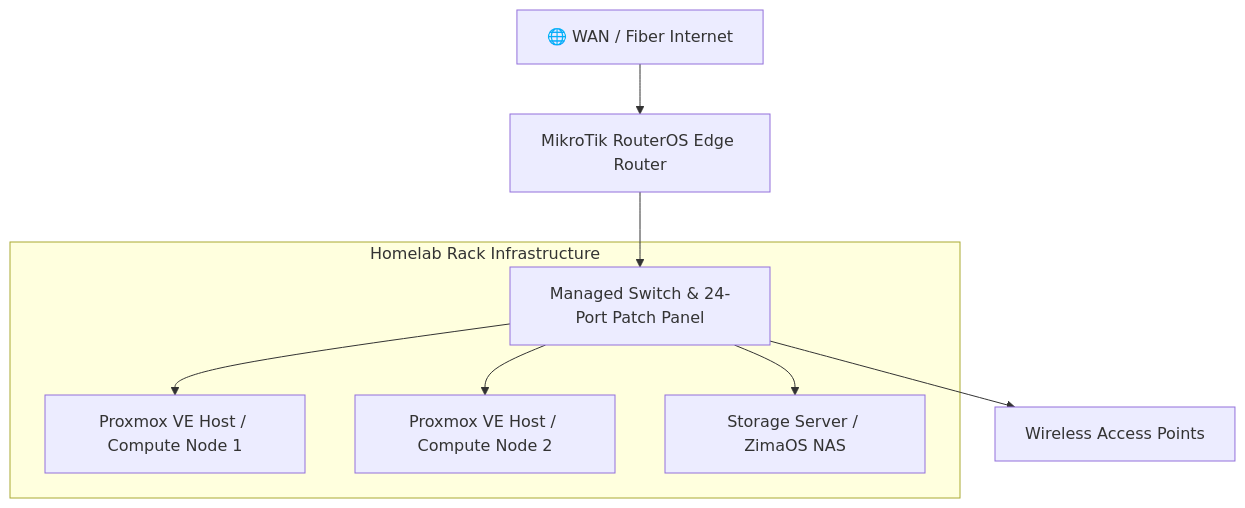
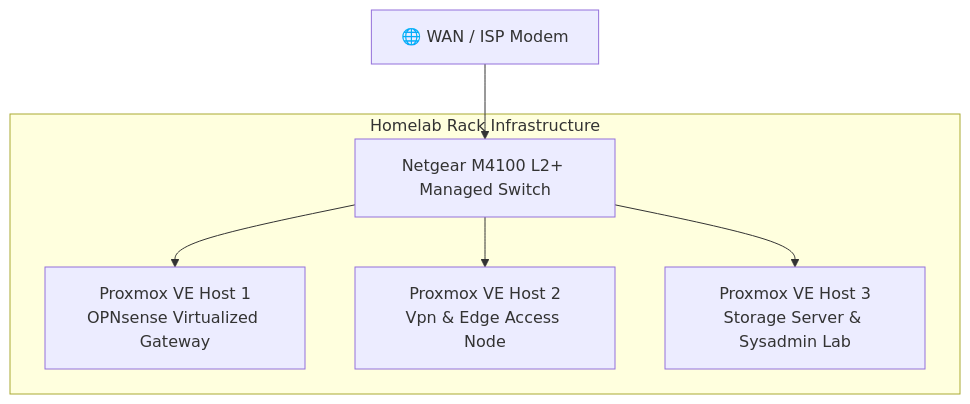
The diagram in README.md (dotgrep/homelab-infra), drawn with Mermaid before and after one commit. The commit also changed other lines of this file, not shown here.

````diff
--- a/README.md
+++ b/README.md
@@ -3,16 +3,14 @@
 ```mermaid
 flowchart TD
-    %% Edge & Network Infrastructure
-    WAN[🌐 WAN / Fiber Internet] --> EdgeRouter[MikroTik RouterOS Edge Router]
-    EdgeRouter --> CoreSwitch[Managed Switch & 24-Port Patch Panel]
+    %% External WAN Ingress
+    WAN[🌐 WAN / ISP Modem] --> CoreSwitch
 
-    %% Rack Core Hardware
+    %% Physical Rack Infrastructure
     subgraph Network_Rack [ Homelab Rack Infrastructure ]
-        CoreSwitch --> PVEHost1[Proxmox VE Host / Compute Node 1]
-        CoreSwitch --> PVEHost2[Proxmox VE Host / Compute Node 2]
-        CoreSwitch --> NASNode[Storage Server / ZimaOS NAS]
+        CoreSwitch[Netgear M4100 L2+ Managed Switch]
+        
+        CoreSwitch --> Host1[Proxmox VE Host 1<br/>OPNsense Virtualized Gateway]
+        CoreSwitch --> Host2[Proxmox VE Host 2<br/>Vpn & Edge Access Node]
+        CoreSwitch --> Host3[Proxmox VE Host 3<br/>Storage Server & Sysadmin Lab]
     end
-
-    %% Access Layer
-    CoreSwitch --> AP[Wireless Access Points]
 ```
````
